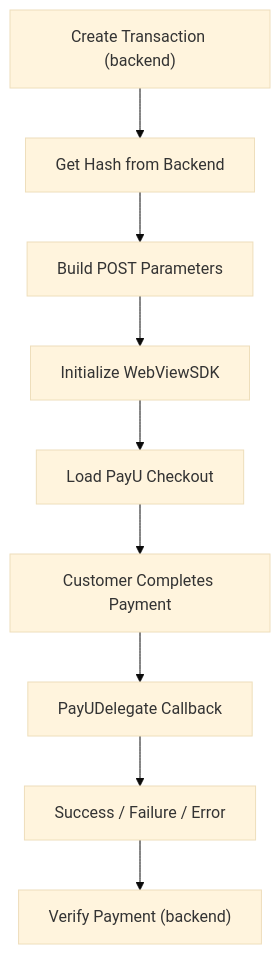
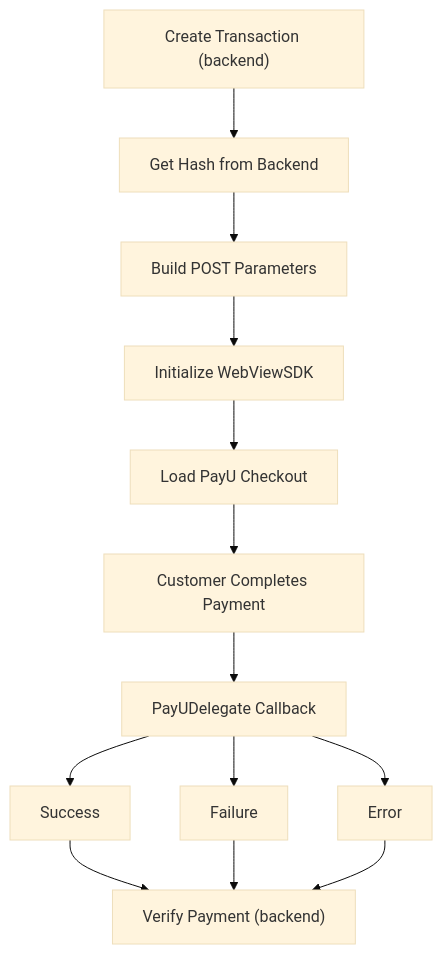
One commit to payu-india/CMS-Chatbot changed the diagram in docs/Collect Payments/mobile-sdks/explore-ios-sdks/payus-ios-webview-sdk-integration.md. Above: the diagram before and after it, drawn with Mermaid (base theme).

Commit message:
Updated "PayU's iOS WebView SDK Integration" in docs

````diff
--- a/docs/Collect Payments/mobile-sdks/explore-ios-sdks/payus-ios-webview-sdk-integration.md
+++ b/docs/Collect Payments/mobile-sdks/explore-ios-sdks/payus-ios-webview-sdk-integration.md
@@ -69,11 +69,17 @@
 ```mermaid
 flowchart TD
     A["Create Transaction (backend)"] --> B["Get Hash from Backend"]
     B --> C["Build POST Parameters"]
     C --> D["Initialize WebViewSDK"]
     D --> E["Load PayU Checkout"]
     E --> F["Customer Completes Payment"]
     F --> G["PayUDelegate Callback"]
-    G --> H["Success / Failure / Error"]
-    H --> I["Verify Payment (backend)"]
+
+    G --> H["Success"]
+    G --> I["Failure"]
+    G --> J["Error"]
+
+    H --> K["Verify Payment (backend)"]
+    I --> K
+    J --> K
 ```
````
